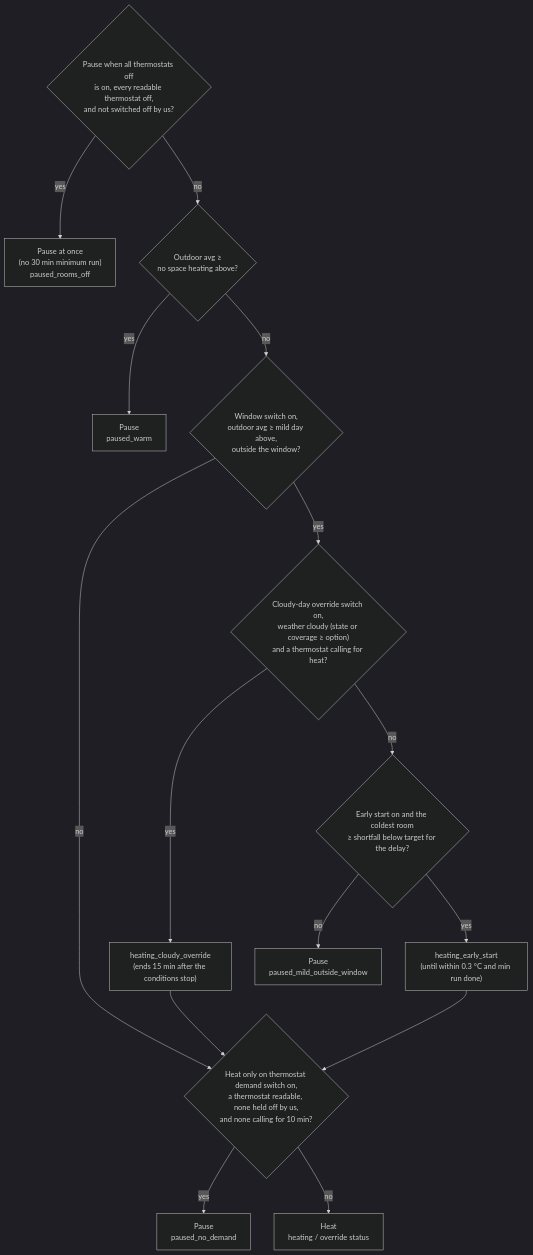
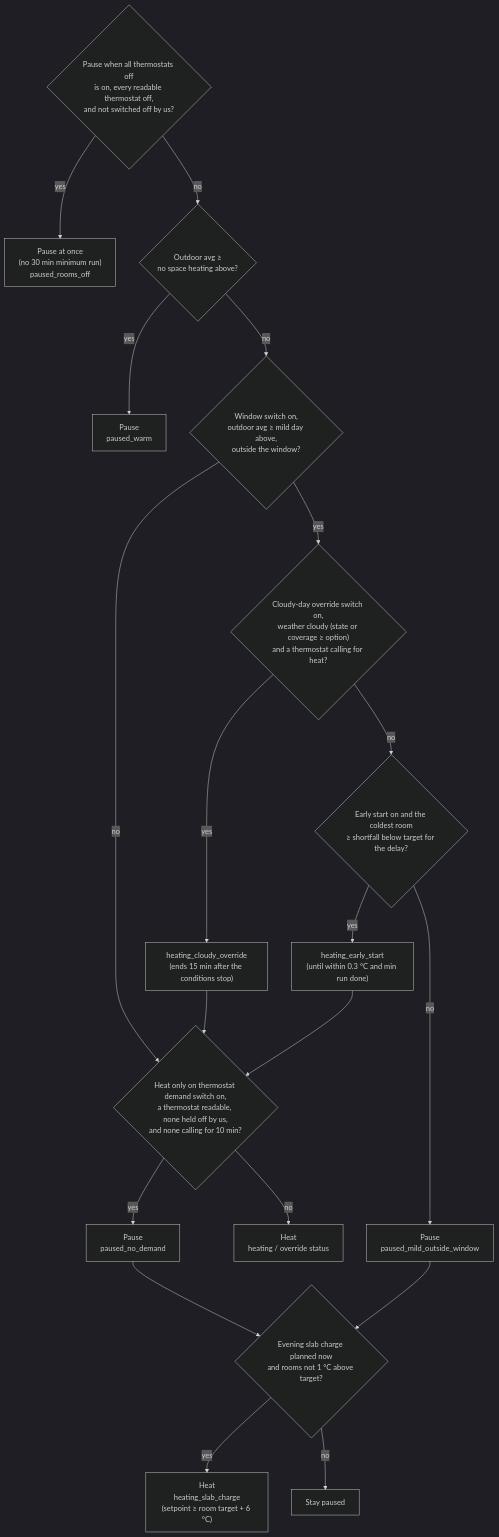
The second of 5 diagrams in docs/smart-heating-logic.md (cocooma/daikin_dcom), drawn with Mermaid (dark theme) before and after one commit. The commit also changed other lines of this file and 15 other files, not shown here.

First line of the commit message:
Heat demand forecast, floor slab estimate, evening slab charge, soft landing

````diff
--- a/docs/smart-heating-logic.md
+++ b/docs/smart-heating-logic.md
@@ -43,17 +43,20 @@
 ```mermaid
 flowchart TD
     q0{"Pause when all thermostats off<br/>is on, every readable thermostat off,<br/>and not switched off by us?"}
     q0 -- yes --> roomsoff["Pause at once<br/>(no 30 min minimum run)<br/>paused_rooms_off"]
     q0 -- no --> q1{"Outdoor avg ≥<br/>no space heating above?"}
     q1 -- yes --> warm["Pause<br/>paused_warm"]
     q1 -- no --> q2{"Window switch on,<br/>outdoor avg ≥ mild day above,<br/>outside the window?"}
     q2 -- no --> dem
     q2 -- yes --> q3{"Cloudy-day override switch on,<br/>weather cloudy (state or coverage ≥ option)<br/>and a thermostat calling for heat?"}
     q3 -- yes --> cloudy["heating_cloudy_override<br/>(ends 15 min after the conditions stop)"] --> dem
     q3 -- no --> q4{"Early start on and the coldest room<br/>≥ shortfall below target for the delay?"}
     q4 -- yes --> early["heating_early_start<br/>(until within 0.3 °C and min run done)"] --> dem
-    q4 -- no --> mild["Pause<br/>paused_mild_outside_window"]
+    q4 -- no --> mild["Pause<br/>paused_mild_outside_window"] --> chg
     dem{"Heat only on thermostat demand switch on,<br/>a thermostat readable, none held off by us,<br/>and none calling for 10 min?"}
-    dem -- yes --> nodemand["Pause<br/>paused_no_demand"]
+    dem -- yes --> nodemand["Pause<br/>paused_no_demand"] --> chg
     dem -- no --> heat["Heat<br/>heating / override status"]
+    chg{"Evening slab charge planned now<br/>and rooms not 1 °C above target?"}
+    chg -- yes --> charge["Heat<br/>heating_slab_charge<br/>(setpoint ≥ room target + 6 °C)"]
+    chg -- no --> stay["Stay paused"]
 ```
````
